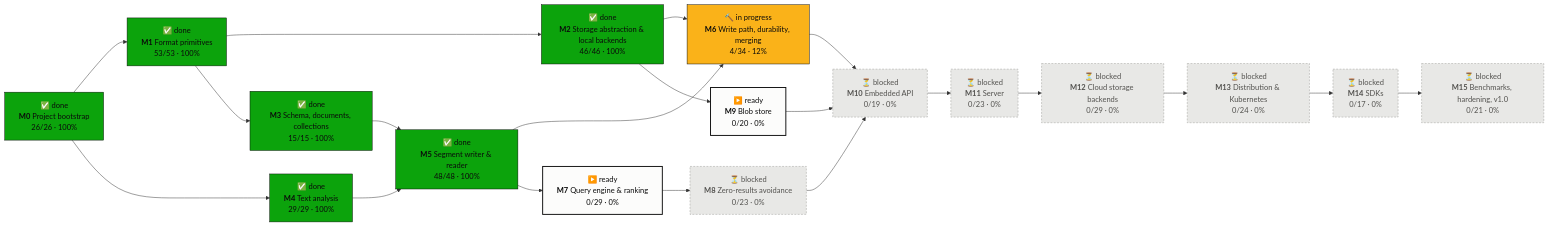
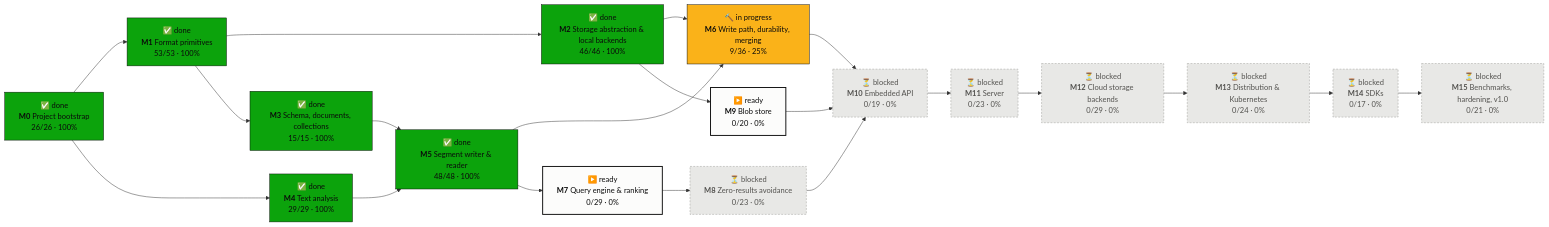
The first of 2 diagrams in PROGRESS.md (tomiok/persiaDB), drawn with Mermaid before and after one commit. The commit also changed other lines of this file and 23 other files, not shown here.

First line of the commit message:
WAL: chunks, group commit, wal_start, replay (ROADMAP 6.2.1–6.2.5) (#36)

````diff
--- a/PROGRESS.md
+++ b/PROGRESS.md
@@ -16,42 +16,42 @@
 ```mermaid
 flowchart LR
   M0["✅ done<br/><b>M0</b> Project bootstrap<br/>26/26 · 100%"]:::done
   M1["✅ done<br/><b>M1</b> Format primitives<br/>53/53 · 100%"]:::done
   M2["✅ done<br/><b>M2</b> Storage abstraction & local backends<br/>46/46 · 100%"]:::done
   M3["✅ done<br/><b>M3</b> Schema, documents, collections<br/>15/15 · 100%"]:::done
   M4["✅ done<br/><b>M4</b> Text analysis<br/>29/29 · 100%"]:::done
   M5["✅ done<br/><b>M5</b> Segment writer & reader<br/>48/48 · 100%"]:::done
-  M6["🔨 in progress<br/><b>M6</b> Write path, durability, merging<br/>4/34 · 12%"]:::doing
+  M6["🔨 in progress<br/><b>M6</b> Write path, durability, merging<br/>9/36 · 25%"]:::doing
   M7["▶️ ready<br/><b>M7</b> Query engine & ranking<br/>0/29 · 0%"]:::ready
   M8["⏳ blocked<br/><b>M8</b> Zero-results avoidance<br/>0/23 · 0%"]:::blocked
   M9["▶️ ready<br/><b>M9</b> Blob store<br/>0/20 · 0%"]:::ready
   M10["⏳ blocked<br/><b>M10</b> Embedded API<br/>0/19 · 0%"]:::blocked
   M11["⏳ blocked<br/><b>M11</b> Server<br/>0/23 · 0%"]:::blocked
   M12["⏳ blocked<br/><b>M12</b> Cloud storage backends<br/>0/29 · 0%"]:::blocked
   M13["⏳ blocked<br/><b>M13</b> Distribution & Kubernetes<br/>0/24 · 0%"]:::blocked
   M14["⏳ blocked<br/><b>M14</b> SDKs<br/>0/17 · 0%"]:::blocked
   M15["⏳ blocked<br/><b>M15</b> Benchmarks, hardening, v1.0<br/>0/21 · 0%"]:::blocked
   M0 --> M1
   M1 --> M2
   M1 --> M3
   M0 --> M4
   M3 --> M5
   M4 --> M5
   M2 --> M6
   M5 --> M6
   M5 --> M7
   M7 --> M8
   M2 --> M9
   M6 --> M10
   M8 --> M10
   M9 --> M10
   M10 --> M11
   M11 --> M12
   M12 --> M13
   M13 --> M14
   M14 --> M15
   classDef done fill:#0ca30c,stroke:#0b0b0b,color:#0b0b0b
   classDef doing fill:#fab219,stroke:#0b0b0b,color:#0b0b0b
   classDef ready fill:#fcfcfb,stroke:#0b0b0b,stroke-width:2px,color:#0b0b0b
   classDef blocked fill:#e8e8e6,stroke:#9a9a96,stroke-dasharray:4 3,color:#52514e
 ```
````
